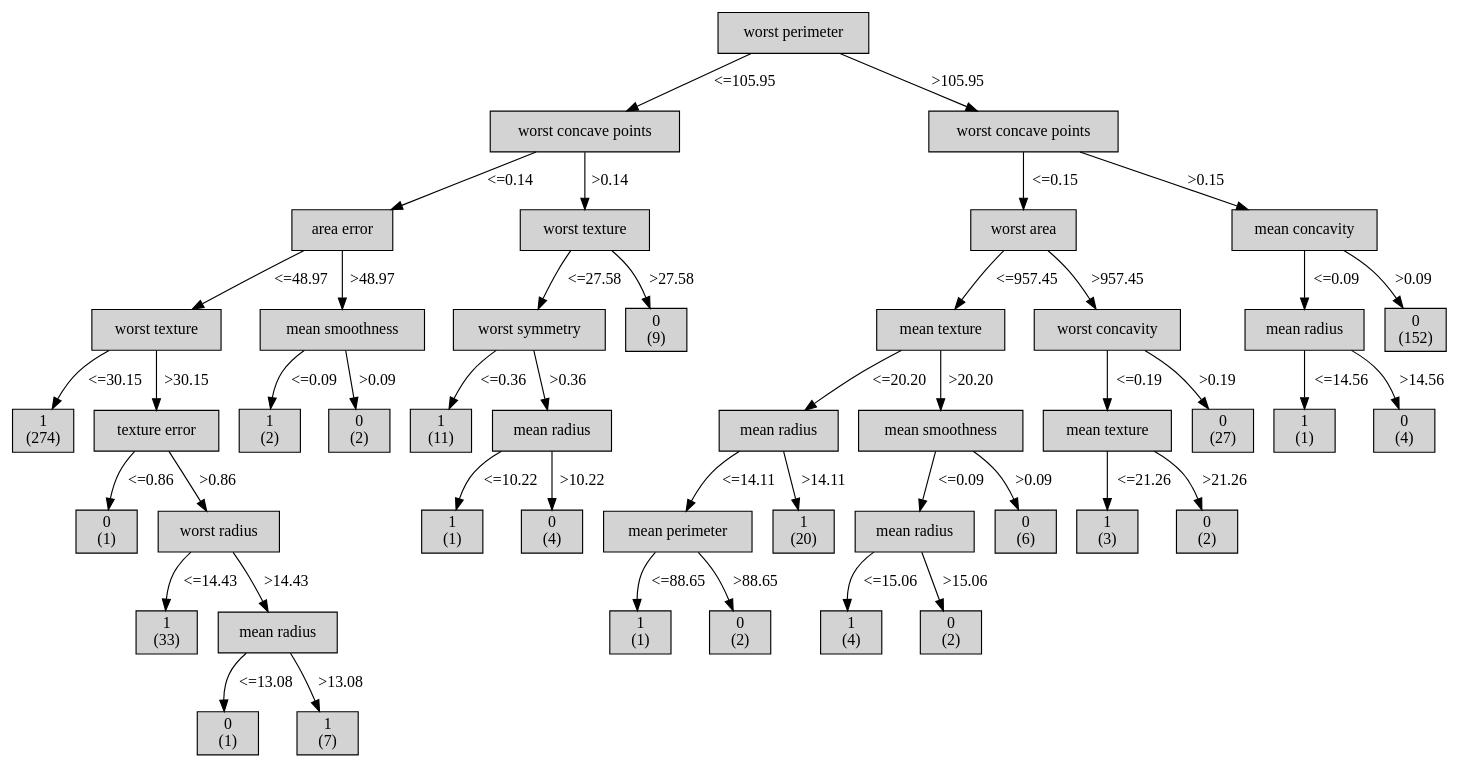
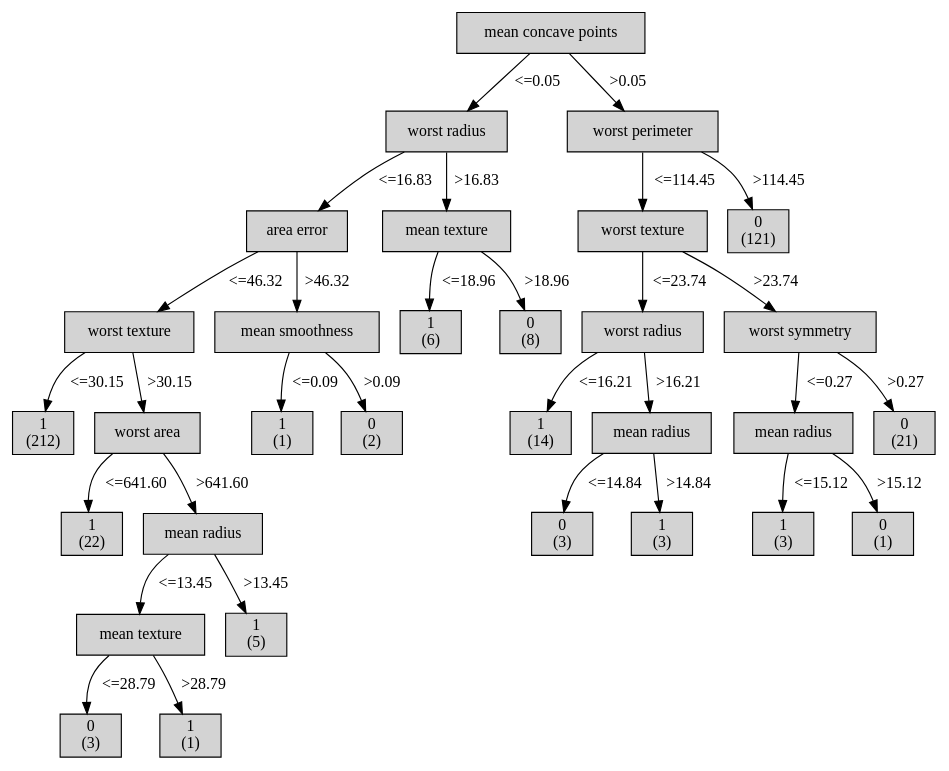
The diagram in tree.dot (jonfelix1/tucil1_ml), drawn with Graphviz before and after one commit. The commit also changed 1 other file, not shown here.

```diff
--- a/tree.dot
+++ b/tree.dot
@@ -1,167 +1,118 @@
 digraph ID3_Tree {
-"0" [shape=box, style=filled, label="worst perimeter
+"0" [shape=box, style=filled, label="mean concave points
 ", weight=1]
-"1" [shape=box, style=filled, label="worst concave points
+"1" [shape=box, style=filled, label="worst radius
 ", weight=2]
-0 -> 1 [ label = "<=105.95"];
+0 -> 1 [ label = "<=0.05"];
 "2" [shape=box, style=filled, label="area error
 ", weight=3]
-1 -> 2 [ label = "<=0.14"];
+1 -> 2 [ label = "<=16.83"];
 "3" [shape=box, style=filled, label="worst texture
 ", weight=4]
-2 -> 3 [ label = "<=48.97"];
+2 -> 3 [ label = "<=46.32"];
 "4" [shape=box, style=filled, label="1
-(274)
+(212)
 ", weight=5]
 3 -> 4 [ label = "<=30.15"];
-"5" [shape=box, style=filled, label="texture error
+"5" [shape=box, style=filled, label="worst area
 ", weight=5]
 3 -> 5 [ label = ">30.15"];
-"6" [shape=box, style=filled, label="0
-(1)
+"6" [shape=box, style=filled, label="1
+(22)
 ", weight=6]
-5 -> 6 [ label = "<=0.86"];
-"7" [shape=box, style=filled, label="worst radius
+5 -> 6 [ label = "<=641.60"];
+"7" [shape=box, style=filled, label="mean radius
 ", weight=6]
-5 -> 7 [ label = ">0.86"];
-"8" [shape=box, style=filled, label="1
-(33)
+5 -> 7 [ label = ">641.60"];
+"8" [shape=box, style=filled, label="mean texture
 ", weight=7]
-7 -> 8 [ label = "<=14.43"];
-"9" [shape=box, style=filled, label="mean radius
-", weight=7]
-7 -> 9 [ label = ">14.43"];
-"10" [shape=box, style=filled, label="0
+7 -> 8 [ label = "<=13.45"];
+"9" [shape=box, style=filled, label="0
+(3)
+", weight=8]
+8 -> 9 [ label = "<=28.79"];
+"10" [shape=box, style=filled, label="1
 (1)
 ", weight=8]
-9 -> 10 [ label = "<=13.08"];
+8 -> 10 [ label = ">28.79"];
 "11" [shape=box, style=filled, label="1
-(7)
-", weight=8]
-9 -> 11 [ label = ">13.08"];
+(5)
+", weight=7]
+7 -> 11 [ label = ">13.45"];
 "12" [shape=box, style=filled, label="mean smoothness
 ", weight=4]
-2 -> 12 [ label = ">48.97"];
+2 -> 12 [ label = ">46.32"];
 "13" [shape=box, style=filled, label="1
-(2)
+(1)
 ", weight=5]
 12 -> 13 [ label = "<=0.09"];
 "14" [shape=box, style=filled, label="0
 (2)
 ", weight=5]
 12 -> 14 [ label = ">0.09"];
-"15" [shape=box, style=filled, label="worst texture
+"15" [shape=box, style=filled, label="mean texture
 ", weight=3]
-1 -> 15 [ label = ">0.14"];
-"16" [shape=box, style=filled, label="worst symmetry
+1 -> 15 [ label = ">16.83"];
+"16" [shape=box, style=filled, label="1
+(6)
 ", weight=4]
-15 -> 16 [ label = "<=27.58"];
-"17" [shape=box, style=filled, label="1
-(11)
+15 -> 16 [ label = "<=18.96"];
+"17" [shape=box, style=filled, label="0
+(8)
+", weight=4]
+15 -> 17 [ label = ">18.96"];
+"18" [shape=box, style=filled, label="worst perimeter
+", weight=2]
+0 -> 18 [ label = ">0.05"];
+"19" [shape=box, style=filled, label="worst texture
+", weight=3]
+18 -> 19 [ label = "<=114.45"];
+"20" [shape=box, style=filled, label="worst radius
+", weight=4]
+19 -> 20 [ label = "<=23.74"];
+"21" [shape=box, style=filled, label="1
+(14)
 ", weight=5]
-16 -> 17 [ label = "<=0.36"];
-"18" [shape=box, style=filled, label="mean radius
+20 -> 21 [ label = "<=16.21"];
+"22" [shape=box, style=filled, label="mean radius
 ", weight=5]
-16 -> 18 [ label = ">0.36"];
-"19" [shape=box, style=filled, label="1
+20 -> 22 [ label = ">16.21"];
+"23" [shape=box, style=filled, label="0
+(3)
+", weight=6]
+22 -> 23 [ label = "<=14.84"];
+"24" [shape=box, style=filled, label="1
+(3)
+", weight=6]
+22 -> 24 [ label = ">14.84"];
+"25" [shape=box, style=filled, label="worst symmetry
+", weight=4]
+19 -> 25 [ label = ">23.74"];
+"26" [shape=box, style=filled, label="mean radius
+", weight=5]
+25 -> 26 [ label = "<=0.27"];
+"27" [shape=box, style=filled, label="1
+(3)
+", weight=6]
+26 -> 27 [ label = "<=15.12"];
+"28" [shape=box, style=filled, label="0
 (1)
 ", weight=6]
-18 -> 19 [ label = "<=10.22"];
-"20" [shape=box, style=filled, label="0
-(4)
-", weight=6]
-18 -> 20 [ label = ">10.22"];
-"21" [shape=box, style=filled, label="0
-(9)
-", weight=4]
-15 -> 21 [ label = ">27.58"];
-"22" [shape=box, style=filled, label="worst concave points
-", weight=2]
-0 -> 22 [ label = ">105.95"];
-"23" [shape=box, style=filled, label="worst area
+26 -> 28 [ label = ">15.12"];
+"29" [shape=box, style=filled, label="0
+(21)
+", weight=5]
+25 -> 29 [ label = ">0.27"];
+"30" [shape=box, style=filled, label="0
+(121)
 ", weight=3]
-22 -> 23 [ label = "<=0.15"];
-"24" [shape=box, style=filled, label="mean texture
-", weight=4]
-23 -> 24 [ label = "<=957.45"];
-"25" [shape=box, style=filled, label="mean radius
-", weight=5]
-24 -> 25 [ label = "<=20.20"];
-"26" [shape=box, style=filled, label="mean perimeter
-", weight=6]
-25 -> 26 [ label = "<=14.11"];
-"27" [shape=box, style=filled, label="1
-(1)
-", weight=7]
-26 -> 27 [ label = "<=88.65"];
-"28" [shape=box, style=filled, label="0
-(2)
-", weight=7]
-26 -> 28 [ label = ">88.65"];
-"29" [shape=box, style=filled, label="1
-(20)
-", weight=6]
-25 -> 29 [ label = ">14.11"];
-"30" [shape=box, style=filled, label="mean smoothness
-", weight=5]
-24 -> 30 [ label = ">20.20"];
-"31" [shape=box, style=filled, label="mean radius
-", weight=6]
-30 -> 31 [ label = "<=0.09"];
-"32" [shape=box, style=filled, label="1
-(4)
-", weight=7]
-31 -> 32 [ label = "<=15.06"];
-"33" [shape=box, style=filled, label="0
-(2)
-", weight=7]
-31 -> 33 [ label = ">15.06"];
-"34" [shape=box, style=filled, label="0
-(6)
-", weight=6]
-30 -> 34 [ label = ">0.09"];
-"35" [shape=box, style=filled, label="worst concavity
-", weight=4]
-23 -> 35 [ label = ">957.45"];
-"36" [shape=box, style=filled, label="mean texture
-", weight=5]
-35 -> 36 [ label = "<=0.19"];
-"37" [shape=box, style=filled, label="1
-(3)
-", weight=6]
-36 -> 37 [ label = "<=21.26"];
-"38" [shape=box, style=filled, label="0
-(2)
-", weight=6]
-36 -> 38 [ label = ">21.26"];
-"39" [shape=box, style=filled, label="0
-(27)
-", weight=5]
-35 -> 39 [ label = ">0.19"];
-"40" [shape=box, style=filled, label="mean concavity
-", weight=3]
-22 -> 40 [ label = ">0.15"];
-"41" [shape=box, style=filled, label="mean radius
-", weight=4]
-40 -> 41 [ label = "<=0.09"];
-"42" [shape=box, style=filled, label="1
-(1)
-", weight=5]
-41 -> 42 [ label = "<=14.56"];
-"43" [shape=box, style=filled, label="0
-(4)
-", weight=5]
-41 -> 43 [ label = ">14.56"];
-"44" [shape=box, style=filled, label="0
-(152)
-", weight=4]
-40 -> 44 [ label = ">0.09"];
+18 -> 30 [ label = ">114.45"];
 {rank=same; 0;};
-{rank=same; 1;22;};
-{rank=same; 2;15;23;40;};
-{rank=same; 3;12;16;21;24;35;41;44;};
-{rank=same; 4;5;13;14;17;18;25;30;36;39;42;43;};
-{rank=same; 6;7;19;20;26;29;31;34;37;38;};
-{rank=same; 8;9;27;28;32;33;};
-{rank=same; 10;11;};
+{rank=same; 1;18;};
+{rank=same; 2;15;19;30;};
+{rank=same; 3;12;16;17;20;25;};
+{rank=same; 4;5;13;14;21;22;26;29;};
+{rank=same; 6;7;23;24;27;28;};
+{rank=same; 8;11;};
+{rank=same; 9;10;};
 }
```
